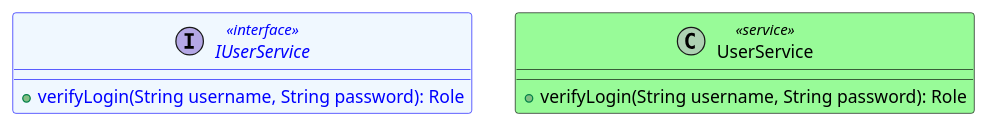
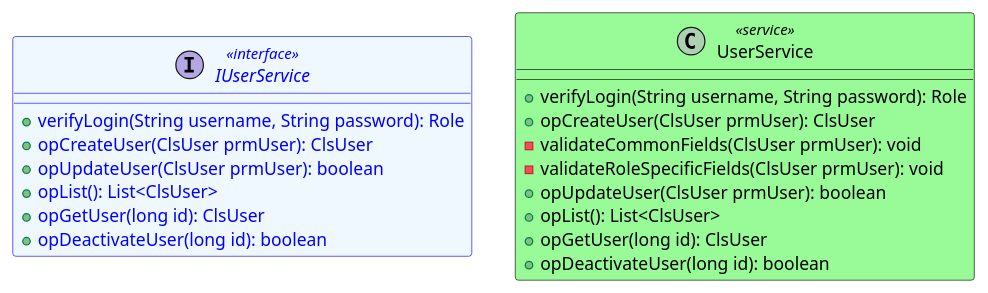
One commit to FernandoMulato/Piedrazul-Medical-Services-Network changed the diagram in 1.Project-with_Monolithic_Architecture/mod_app_piedrazul_medical_services_network/Application/dClassApplicationOperations.puml. Above: the diagram before and after it, drawn with PlantUML. The commit also changed 6 other files, not shown here.

Commit message:
Se agregan diagramas UML de registro, actualización, consulta y desactivación de usuarios

```diff
--- a/1.Project-with_Monolithic_Architecture/mod_app_piedrazul_medical_services_network/Application/dClassApplicationOperations.puml
+++ b/1.Project-with_Monolithic_Architecture/mod_app_piedrazul_medical_services_network/Application/dClassApplicationOperations.puml
@@ -1,11 +1,33 @@
 @startuml ApplicationOperationsClasses
 
 interface IUserService <<interface>> #aliceblue;line:blue;text:blue {
+  ' --- existente ---
   +verifyLogin(String username, String password): Role
+  ' --- E1-HU1: Registrar Usuario ---
+  +opCreateUser(ClsUser prmUser): ClsUser
+  ' --- E1-HU2: Actualizar Usuario ---
+  +opUpdateUser(ClsUser prmUser): boolean
+  ' --- E1-HU3: Consultar Usuarios ---
+  +opList(): List<ClsUser>
+  +opGetUser(long id): ClsUser
+  ' --- E1-HU4: Desactivar Usuario ---
+  +opDeactivateUser(long id): boolean
 }
 
 class UserService <<service>> #PaleGreen;line:Black;text:Black {
+  ' --- existente ---
   +verifyLogin(String username, String password): Role
+  ' --- E1-HU1: Registrar Usuario ---
+  +opCreateUser(ClsUser prmUser): ClsUser
+  -validateCommonFields(ClsUser prmUser): void
+  -validateRoleSpecificFields(ClsUser prmUser): void
+  ' --- E1-HU2: Actualizar Usuario ---
+  +opUpdateUser(ClsUser prmUser): boolean
+  ' --- E1-HU3: Consultar Usuarios ---
+  +opList(): List<ClsUser>
+  +opGetUser(long id): ClsUser
+  ' --- E1-HU4: Desactivar Usuario ---
+  +opDeactivateUser(long id): boolean
 }
 
 @enduml
```
